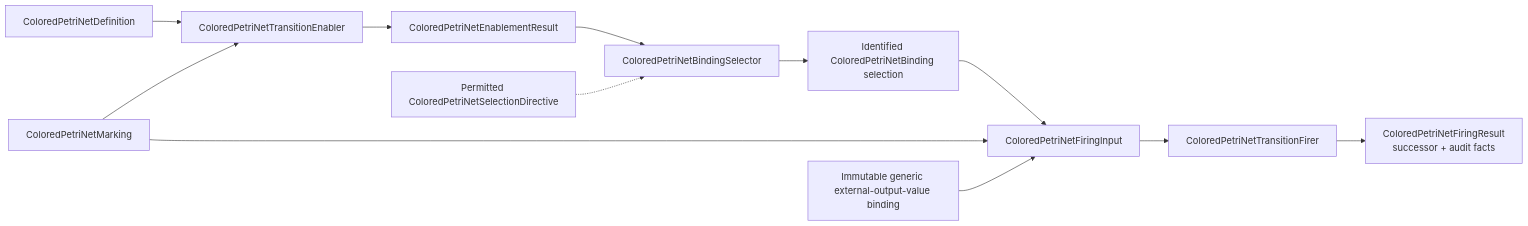
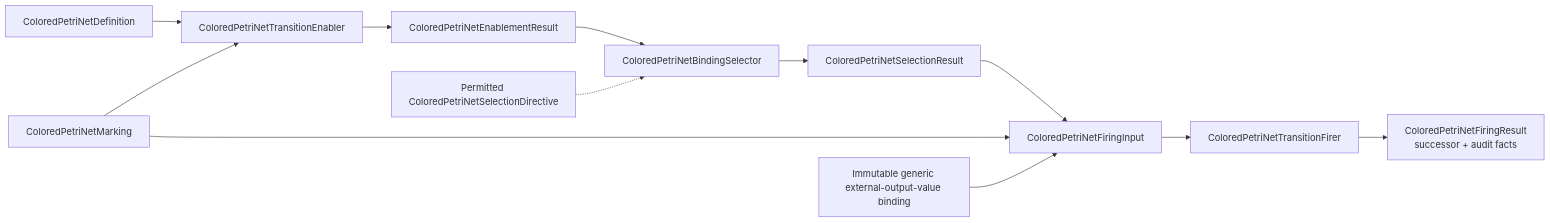
One commit to eragasa/ksdft2effmass changed the diagram in docs/architecture/v2/ksdft2effmass/petrinet/colored/index.md. Above: the diagram before and after it, drawn with Mermaid. The commit also changed other lines of this file and 54 other files, not shown here.

Commit message:
docs: close architecture v2 planning issues

````diff
--- a/docs/architecture/v2/ksdft2effmass/petrinet/colored/index.md
+++ b/docs/architecture/v2/ksdft2effmass/petrinet/colored/index.md
@@ -23,14 +23,14 @@
 ```mermaid
 flowchart LR
     definition["ColoredPetriNetDefinition"] --> enabler["ColoredPetriNetTransitionEnabler"]
     marking["ColoredPetriNetMarking"] --> enabler
     enabler --> enabled["ColoredPetriNetEnablementResult"]
     enabled --> selector["ColoredPetriNetBindingSelector"]
     directive["Permitted ColoredPetriNetSelectionDirective"] -.-> selector
-    selector --> selected["Identified ColoredPetriNetBinding selection"]
+    selector --> selected["ColoredPetriNetSelectionResult"]
     selected --> firing_input["ColoredPetriNetFiringInput"]
     marking --> firing_input
     external["Immutable generic external-output-value binding"] --> firing_input
     firing_input --> firer["ColoredPetriNetTransitionFirer"]
     firer --> successor["ColoredPetriNetFiringResult<br/>successor + audit facts"]
 ```
````
